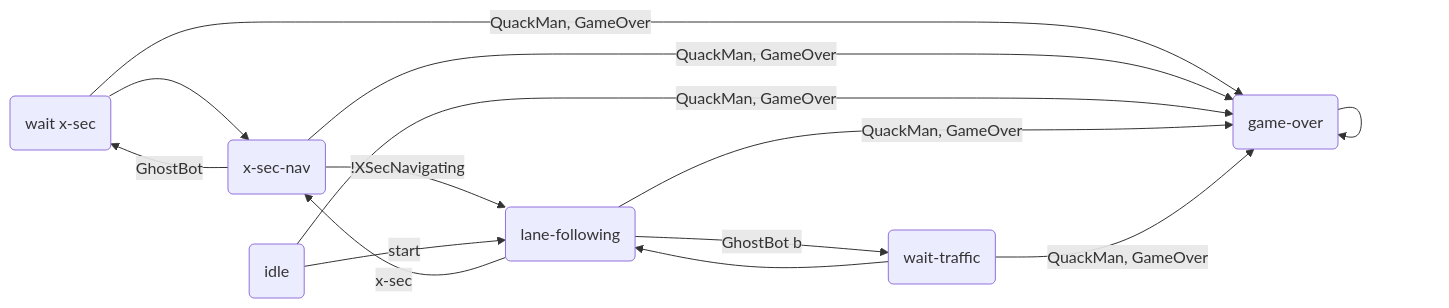
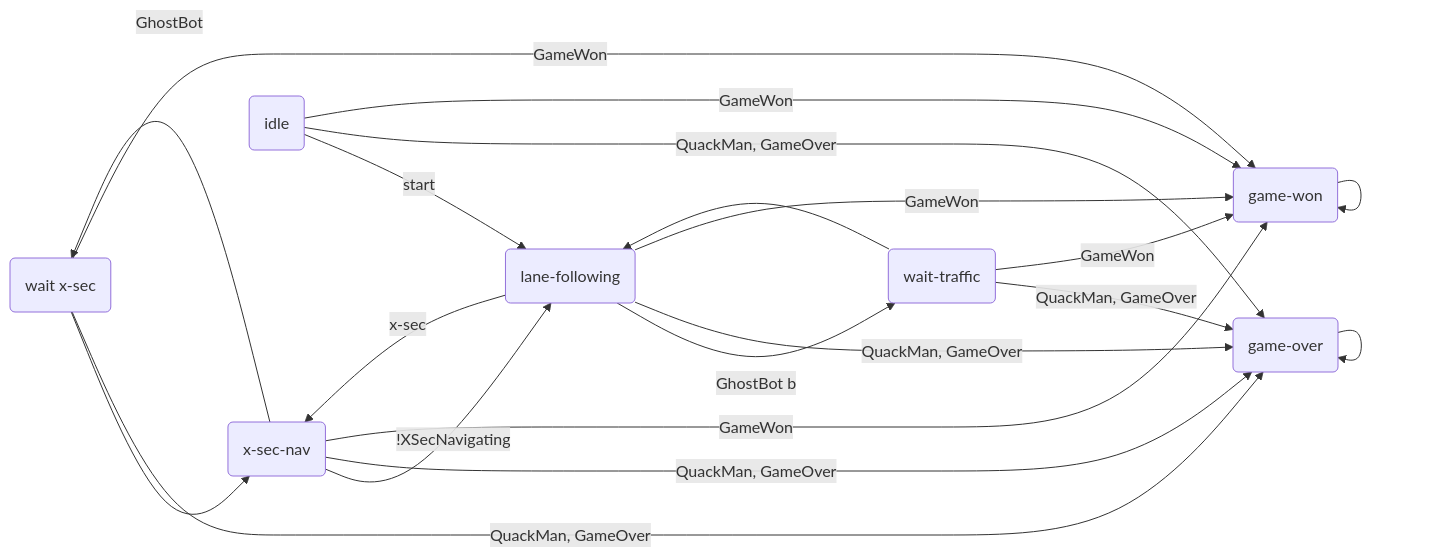
Before and after one commit to Duckietown-QuackMan/state_controller: the diagram in README.md, drawn with Mermaid. The commit also changed 1 other file, not shown here.

Commit message:
add game won state to the state machine

````diff
--- a/README.md
+++ b/README.md
@@ -10,20 +10,27 @@
 ```mermaid
 graph LR;
 wx(wait x-sec)
 xn(x-sec-nav)
 lf(lane-following)
 go(game-over)
+gw(game-won)
 i(idle)
 wt(wait-traffic)
 lf -- "GhostBot b" --> wt --> lf
 lf -- x-sec --> xn
 xn -- "GhostBot" --> wx --> xn
 xn -- !XSecNavigating --> lf
 i -- start --> lf
 wx -- QuackMan, GameOver --> go
 xn -- QuackMan, GameOver --> go
 i -- QuackMan, GameOver --> go
 lf -- QuackMan, GameOver --> go
 wt -- QuackMan, GameOver --> go
 go --> go
+wx -- GameWon --> gw
+xn -- GameWon --> gw
+i -- GameWon --> gw
+lf -- GameWon --> gw
+wt -- GameWon --> gw
+gw --> gw
 ```
````
